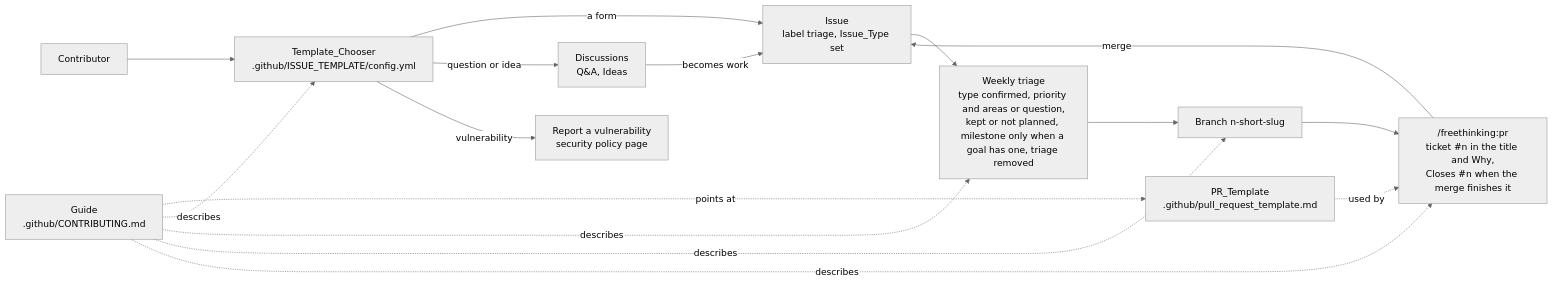
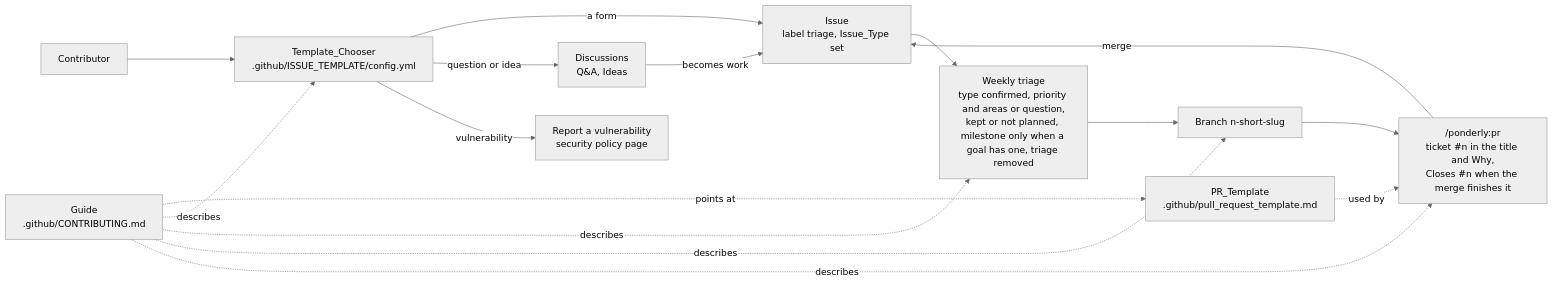
The first of 2 diagrams in .ponderly/specs/contributing-guide/design.md (freethinkingit/dev_tools), drawn with Mermaid (neutral theme) before and after one commit. The commit also changed other lines of this file and 182 other files, not shown here.

````diff
--- a/.ponderly/specs/contributing-guide/design.md
+++ b/.ponderly/specs/contributing-guide/design.md
@@ -11,18 +11,18 @@
 ```mermaid
 flowchart LR
     C["Contributor"] --> TC["Template_Chooser<br/>.github/ISSUE_TEMPLATE/config.yml"]
     TC -->|a form| I["Issue<br/>label triage, Issue_Type set"]
     TC -->|question or idea| D["Discussions<br/>Q&A, Ideas"]
     TC -->|vulnerability| S["Report a vulnerability<br/>security policy page"]
     I --> T["Weekly triage<br/>type confirmed, priority and areas or question,<br/>kept or not planned, milestone only when a goal has one, triage removed"]
     T --> B["Branch n-short-slug"]
-    B --> PR["/freethinking:pr<br/>ticket #n in the title and Why,<br/>Closes #n when the merge finishes it"]
+    B --> PR["/ponderly:pr<br/>ticket #n in the title and Why,<br/>Closes #n when the merge finishes it"]
     PT["PR_Template<br/>.github/pull_request_template.md"] -.used by.-> PR
     G -.points at.-> PT
     PR -->|merge| I
     D -->|becomes work| I
     G["Guide<br/>.github/CONTRIBUTING.md"] -.describes.-> TC
     G -.describes.-> T
     G -.describes.-> B
     G -.describes.-> PR
 ```
````
